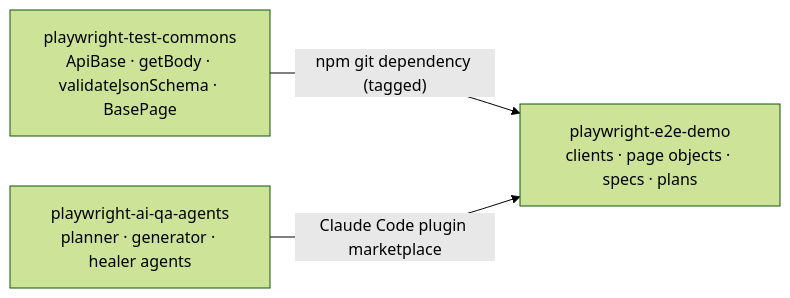
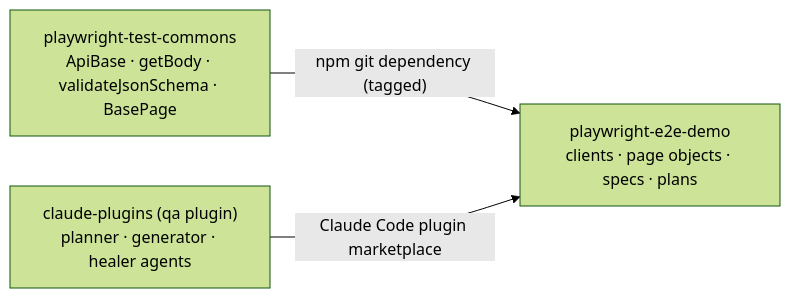
One commit to benweese/playwright-test-commons changed the diagram in README.md. Above: the diagram before and after it, drawn with Mermaid (forest theme). The commit also changed other lines of this file, not shown here.

Commit message:
docs(readme): the plugin repo is now benweese/claude-plugins (qa plugin)

````diff
--- a/README.md
+++ b/README.md
@@ -22,8 +22,8 @@
 ```mermaid
 flowchart LR
     commons["playwright-test-commons<br/>ApiBase · getBody · validateJsonSchema · BasePage"]
-    agents["playwright-ai-qa-agents<br/>planner · generator · healer agents"]
+    agents["claude-plugins (qa plugin)<br/>planner · generator · healer agents"]
     demo["playwright-e2e-demo<br/>clients · page objects · specs · plans"]
     commons -- "npm git dependency (tagged)" --> demo
     agents -- "Claude Code plugin marketplace" --> demo
 ```
````
